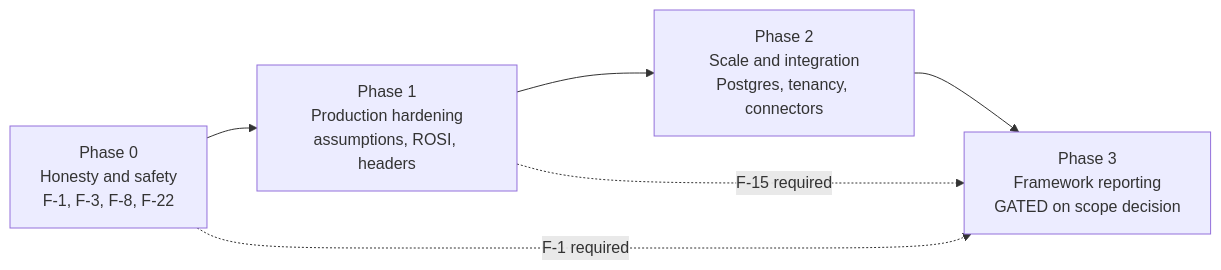
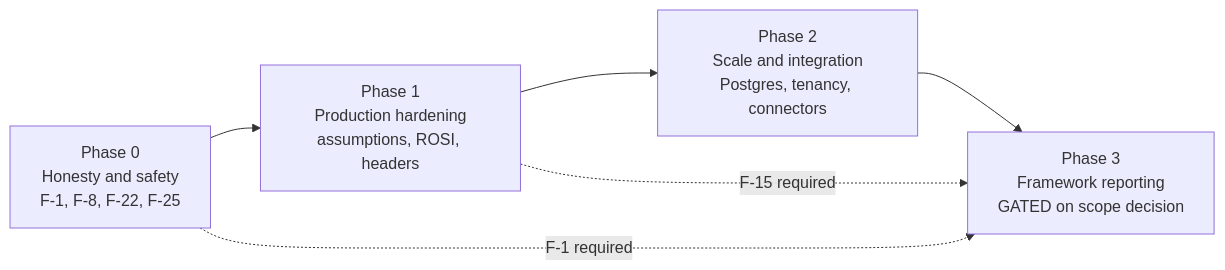
One commit to vanshpatel887139-max/Cyber_Risk_Quantification- changed diagram 12 of 12 in docs/TECHNICAL_ARCHITECTURE.md. Above: the diagram before and after it, drawn with Mermaid. The commit also changed other lines of this file and 4 other files, not shown here.

````diff
--- a/docs/TECHNICAL_ARCHITECTURE.md
+++ b/docs/TECHNICAL_ARCHITECTURE.md
@@ -2639,8 +2686,8 @@
 ```mermaid
 flowchart LR
-    P0["Phase 0<br/>Honesty and safety<br/>F-1, F-3, F-8, F-22"] --> P1["Phase 1<br/>Production hardening<br/>assumptions, ROSI, headers"]
+    P0["Phase 0<br/>Honesty and safety<br/>F-1, F-8, F-22, F-25"] --> P1["Phase 1<br/>Production hardening<br/>assumptions, ROSI, headers"]
     P1 --> P2["Phase 2<br/>Scale and integration<br/>Postgres, tenancy, connectors"]
     P2 --> P3["Phase 3<br/>Framework reporting<br/>GATED on scope decision"]
     P0 -.->|"F-1 required"| P3
     P1 -.->|"F-15 required"| P3
 ```
````
